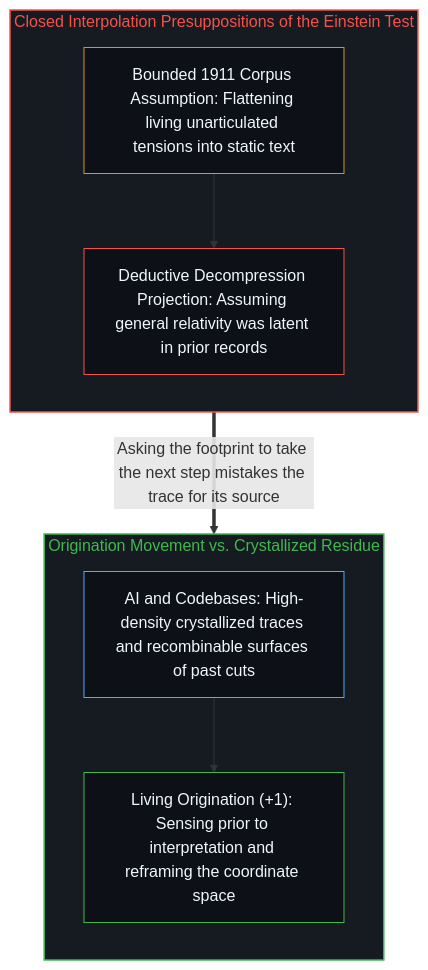
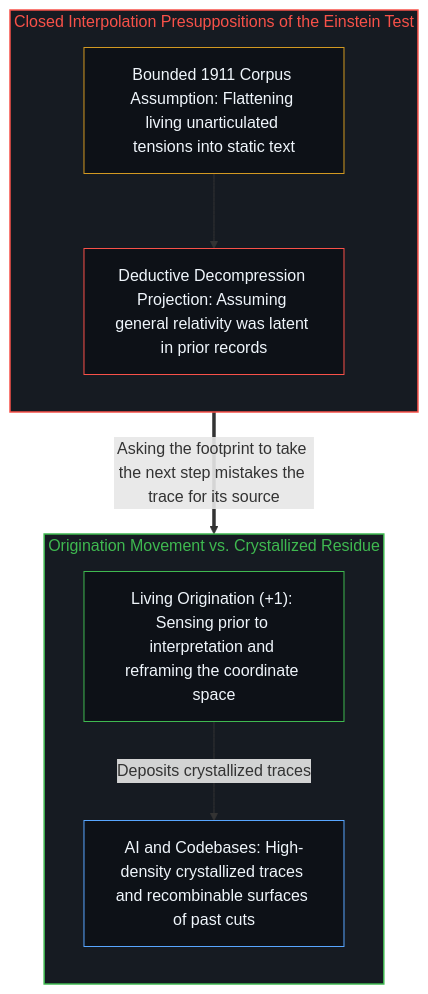
The second of 2 diagrams in content/posts/hassabis-einstein-test.md (powerpig99/not-a-toe), drawn with Mermaid before and after one commit. The commit also changed other lines of this file and 5 other files, not shown here.

````diff
--- a/content/posts/hassabis-einstein-test.md
+++ b/content/posts/hassabis-einstein-test.md
@@ -42,22 +42,22 @@
 ```mermaid
 flowchart TD
     subgraph S_Test["Closed Interpolation Presuppositions of the Einstein Test"]
         direction TB
         Corpus["Bounded 1911 Corpus Assumption: Flattening living unarticulated tensions into static text"]
         Decomp["Deductive Decompression Projection: Assuming general relativity was latent in prior records"]
         Corpus --> Decomp
     end
     subgraph S_Origin["Origination Movement vs. Crystallized Residue"]
         direction TB
+        Reframe["Living Origination (+1): Sensing prior to interpretation and reframing the coordinate space"]
         Residue["AI and Codebases: High-density crystallized traces and recombinable surfaces of past cuts"]
-        Reframe["Living Origination (+1): Sensing prior to interpretation and reframing the coordinate space"]
-        Residue --> Reframe
+        Reframe -->|"Deposits crystallized traces"| Residue
     end
     Decomp ==>|"Asking the footprint to take the next step mistakes the trace for its source"| Residue
     style S_Test fill:#161b22,stroke:#f85149,stroke-width:1.5px,color:#f85149
     style S_Origin fill:#161b22,stroke:#3fb950,stroke-width:1.5px,color:#3fb950
     style Corpus fill:#0d1117,stroke:#d29922,stroke-width:1px,color:#f0f6fc
     style Decomp fill:#0d1117,stroke:#f85149,stroke-width:1px,color:#f0f6fc
+    style Reframe fill:#0d1117,stroke:#3fb950,stroke-width:1px,color:#f0f6fc
     style Residue fill:#0d1117,stroke:#58a6ff,stroke-width:1px,color:#f0f6fc
-    style Reframe fill:#0d1117,stroke:#3fb950,stroke-width:1px,color:#f0f6fc
 ```
````
